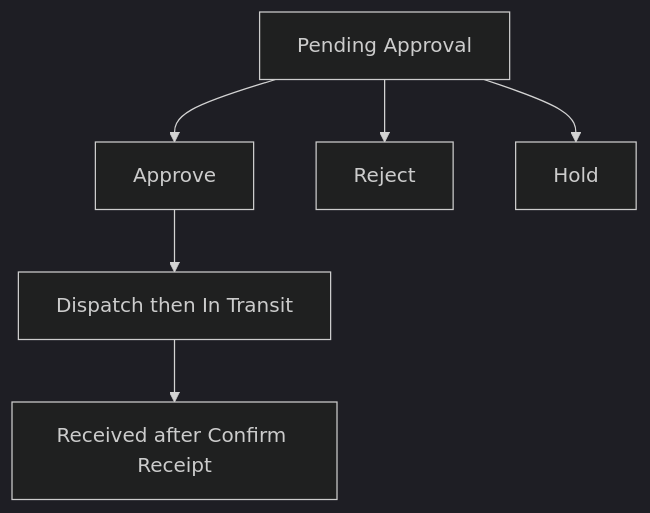
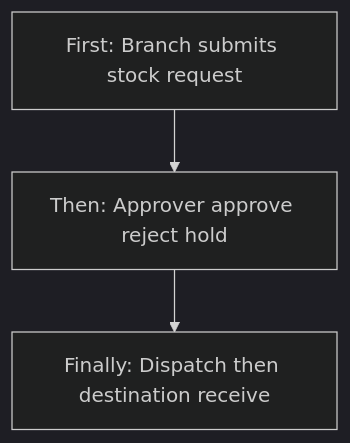
Before and after one commit to Aurifex-Innovations/ERP_docs: the fourth of 9 diagrams in v0_final_docs/stock-management.md, drawn with Mermaid (dark theme). The commit also changed other lines of this file, not shown here.

````diff
--- a/v0_final_docs/stock-management.md
+++ b/v0_final_docs/stock-management.md
@@ -622,8 +298,5 @@
 ```mermaid
 flowchart TD
-  pending["Pending Approval"] --> approve["Approve"]
-  pending --> reject["Reject"]
-  pending --> hold["Hold"]
-  approve --> dispatch["Dispatch then In Transit"]
-  dispatch --> received["Received after Confirm Receipt"]
+  submitReq["First: Branch submits stock request"] --> apprInbox["Then: Approver approve reject hold"]
+  apprInbox --> destRecv["Finally: Dispatch then destination receive"]
 ```
````
